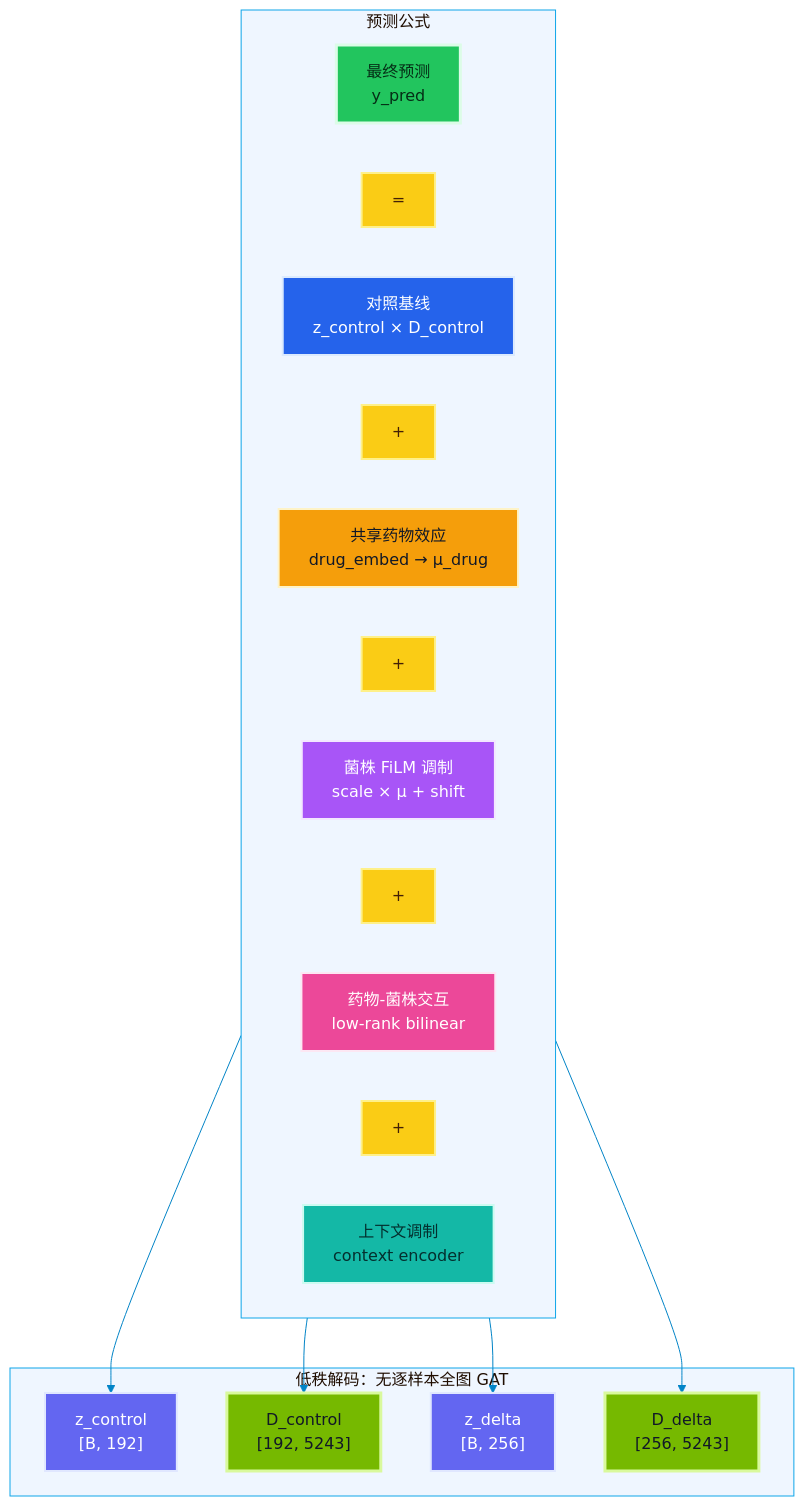
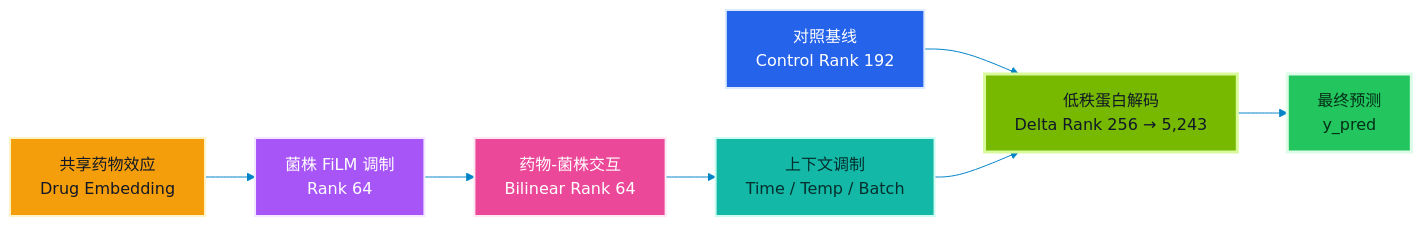
The second of 4 diagrams in README.md (ibh4/goai-virtual-yeast-model), drawn with Mermaid before and after one commit. The commit also changed other lines of this file, not shown here.

````diff
--- a/README.md
+++ b/README.md
@@ -76,40 +77,23 @@
 ```mermaid
 %%{init: {"theme": "base", "themeVariables": {"fontFamily": "Inter, Microsoft YaHei, sans-serif", "background": "#FFFFFF", "primaryColor": "#2563EB", "primaryTextColor": "#0F172A", "primaryBorderColor": "#67E8F9", "secondaryColor": "#7C3AED", "tertiaryColor": "#E0F2FE", "lineColor": "#0284C7", "clusterBkg": "#EFF6FF", "clusterBorder": "#0EA5E9", "edgeLabelBackground": "#FFFFFF"}}}%%
-flowchart TB
-    subgraph FORMULA["预测公式"]
-        direction LR
-        FINAL["最终预测<br/>y_pred"]:::final
-        EQ["="]:::eq
-        CONTROL["对照基线<br/>z_control × D_control"]:::control
-        PLUS1["+"]:::eq
-        DRUG_EFF["共享药物效应<br/>drug_embed → μ_drug"]:::drug
-        PLUS2["+"]:::eq
-        STRAIN_MOD["菌株 FiLM 调制<br/>scale × μ + shift"]:::strain
-        PLUS3["+"]:::eq
-        INTERACT["药物-菌株交互<br/>low-rank bilinear"]:::interact
-        PLUS4["+"]:::eq
-        CTX_MOD["上下文调制<br/>context encoder"]:::context
-    end
+flowchart LR
+    CONTROL["对照基线<br/>Control Rank 192"]:::control
+    DRUG["共享药物效应<br/>Drug Embedding"]:::drug
+    STRAIN["菌株 FiLM 调制<br/>Rank 64"]:::strain
+    INTERACT["药物-菌株交互<br/>Bilinear Rank 64"]:::interact
+    CONTEXT["上下文调制<br/>Time / Temp / Batch"]:::context
+    DECODE["低秩蛋白解码<br/>Delta Rank 256 → 5,243"]:::decoder
+    FINAL["最终预测<br/>y_pred"]:::final
 
-    subgraph DECODE["低秩解码：无逐样本全图 GAT"]
-        ZC["z_control<br/>[B, 192]"]:::latent
-        DC["D_control<br/>[192, 5243]"]:::decoder
-        ZD["z_delta<br/>[B, 256]"]:::latent
-        DD["D_delta<br/>[256, 5243]"]:::decoder
-    end
+    CONTROL --> DECODE
+    DRUG --> STRAIN --> INTERACT --> CONTEXT --> DECODE
+    DECODE --> FINAL
 
-    CONTROL --> ZC
-    CONTROL --> DC
-    DRUG_EFF --> ZD
-    DRUG_EFF --> DD
-
-    classDef final fill:#22C55E,stroke:#DCFCE7,color:#052E16,stroke-width:3px;
     classDef control fill:#2563EB,stroke:#DBEAFE,color:#FFFFFF,stroke-width:2px;
     classDef drug fill:#F59E0B,stroke:#FEF3C7,color:#111827,stroke-width:2px;
     classDef strain fill:#A855F7,stroke:#F3E8FF,color:#FFFFFF,stroke-width:2px;
     classDef interact fill:#EC4899,stroke:#FCE7F3,color:#FFFFFF,stroke-width:2px;
     classDef context fill:#14B8A6,stroke:#CCFBF1,color:#042F2E,stroke-width:2px;
-    classDef latent fill:#6366F1,stroke:#E0E7FF,color:#FFFFFF,stroke-width:2px;
     classDef decoder fill:#76B900,stroke:#D9F99D,color:#111827,stroke-width:3px;
-    classDef eq fill:#FACC15,stroke:#FEF08A,color:#422006,stroke-width:2px;
+    classDef final fill:#22C55E,stroke:#DCFCE7,color:#052E16,stroke-width:3px;
 ```
````
